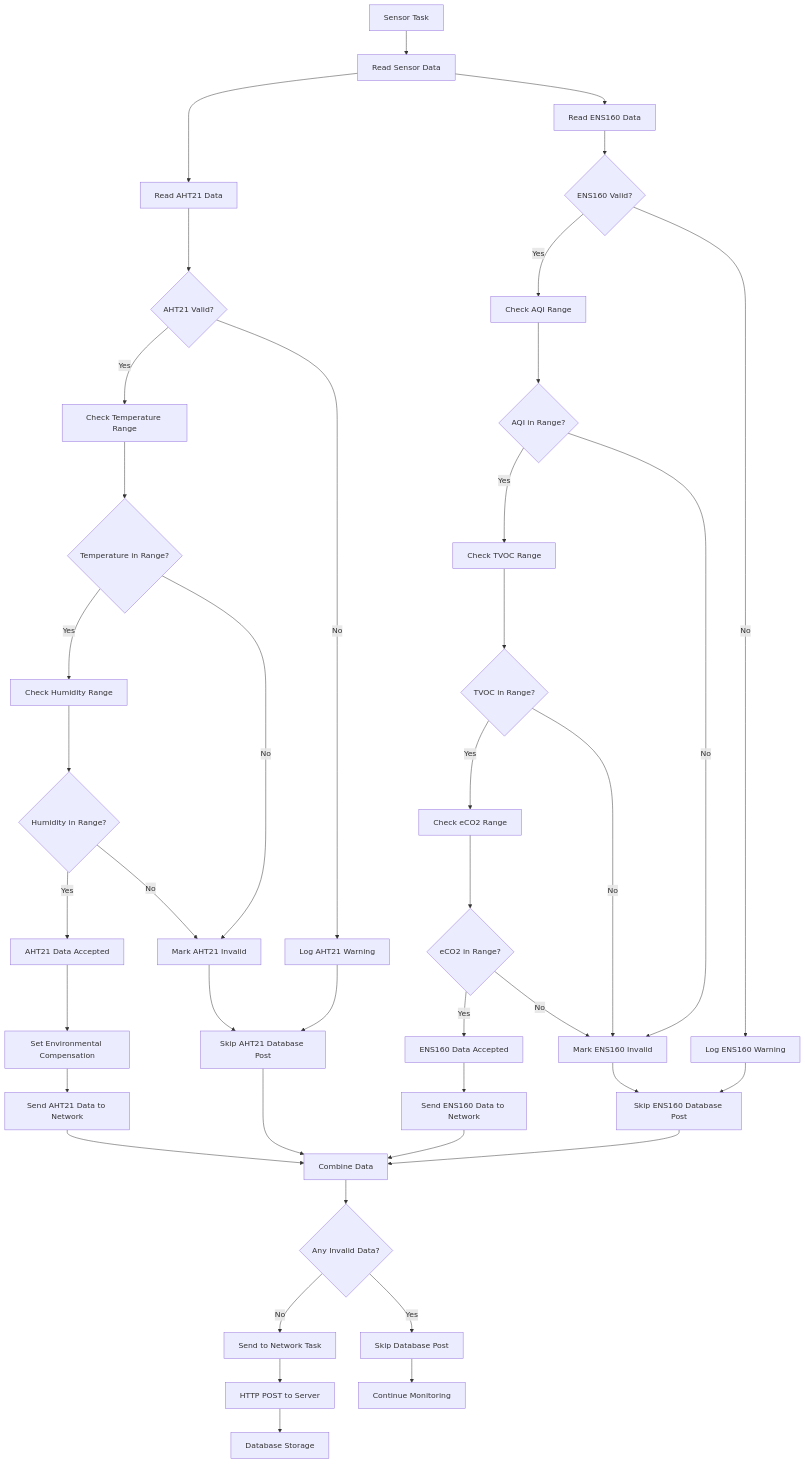
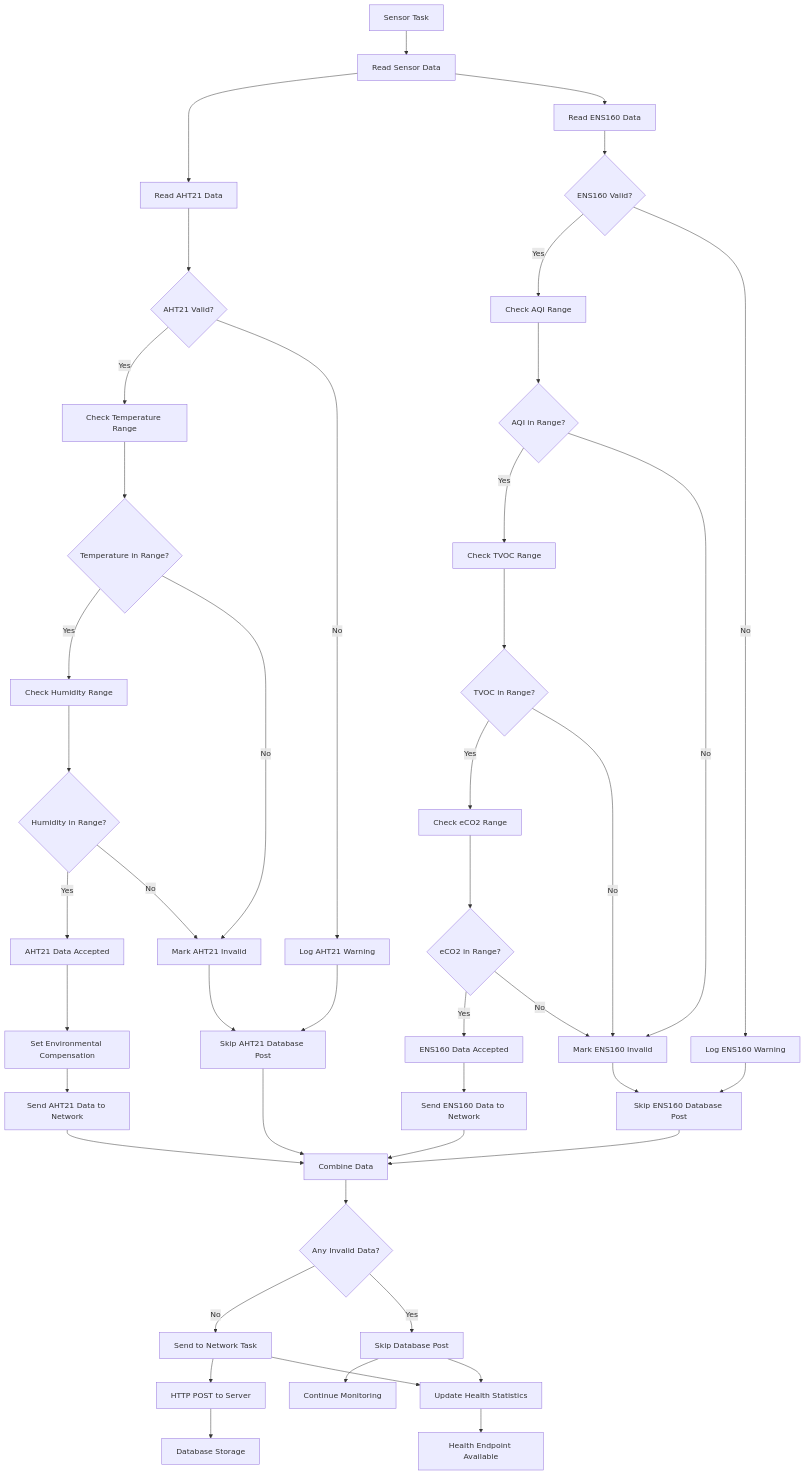
The fourth of 4 diagrams in README.md (TimWeber/ESP32-Environmental-Monitor), drawn with Mermaid before and after one commit. The commit also changed other lines of this file, not shown here.

````diff
--- a/README.md
+++ b/README.md
@@ -132,59 +227,64 @@
 ```mermaid
 flowchart TD
     SENSOR_TASK[Sensor Task] --> START[Read Sensor Data]
     
     %% AHT21 Flow (Left Side)
     START --> A1[Read AHT21 Data]
     A1 --> B1{AHT21 Valid?}
     B1 -->|Yes| C1[Check Temperature Range]
     B1 -->|No| D1[Log AHT21 Warning]
     
     C1 --> E1{Temperature in Range?}
     E1 -->|Yes| F1[Check Humidity Range]
     E1 -->|No| G1[Mark AHT21 Invalid]
     
     F1 --> H1{Humidity in Range?}
     H1 -->|Yes| I1[AHT21 Data Accepted]
     H1 -->|No| G1
     
     I1 --> J1[Set Environmental Compensation]
     J1 --> K1[Send AHT21 Data to Network]
     G1 --> L1[Skip AHT21 Database Post]
     D1 --> L1
     
     %% ENS160 Flow (Right Side)
     START --> A2[Read ENS160 Data]
     A2 --> B2{ENS160 Valid?}
     B2 -->|Yes| C2[Check AQI Range]
     B2 -->|No| D2[Log ENS160 Warning]
     
     C2 --> E2{AQI in Range?}
     E2 -->|Yes| F2[Check TVOC Range]
     E2 -->|No| G2[Mark ENS160 Invalid]
     
     F2 --> H2{TVOC in Range?}
     H2 -->|Yes| I2[Check eCO2 Range]
     H2 -->|No| G2
     
     I2 --> J2{eCO2 in Range?}
     J2 -->|Yes| K2[ENS160 Data Accepted]
     J2 -->|No| G2
     
     K2 --> L2[Send ENS160 Data to Network]
     G2 --> M2[Skip ENS160 Database Post]
     D2 --> M2
     
     %% Combined Results
     K1 --> COMBINE[Combine Data]
     L2 --> COMBINE
     L1 --> COMBINE
     M2 --> COMBINE
     
     COMBINE --> VALIDATE{Any Invalid Data?}
     VALIDATE -->|No| SEND[Send to Network Task]
     VALIDATE -->|Yes| SKIP[Skip Database Post]
     
     SEND --> HTTP[HTTP POST to Server]
     HTTP --> DB[Database Storage]
     SKIP --> MONITOR[Continue Monitoring]
+    
+    %% Health Monitoring
+    SEND --> HEALTH_UPDATE[Update Health Statistics]
+    SKIP --> HEALTH_UPDATE
+    HEALTH_UPDATE --> HEALTH_ENDPOINT[Health Endpoint Available]
 ```
````
